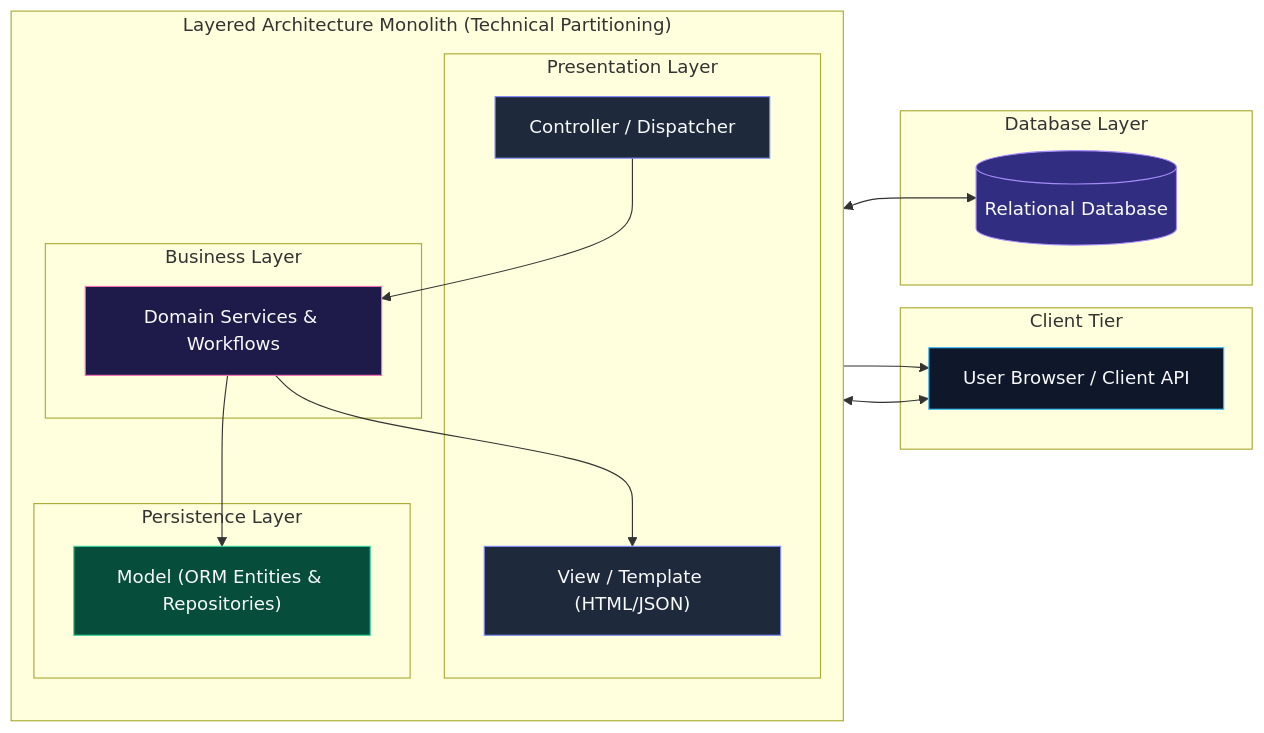
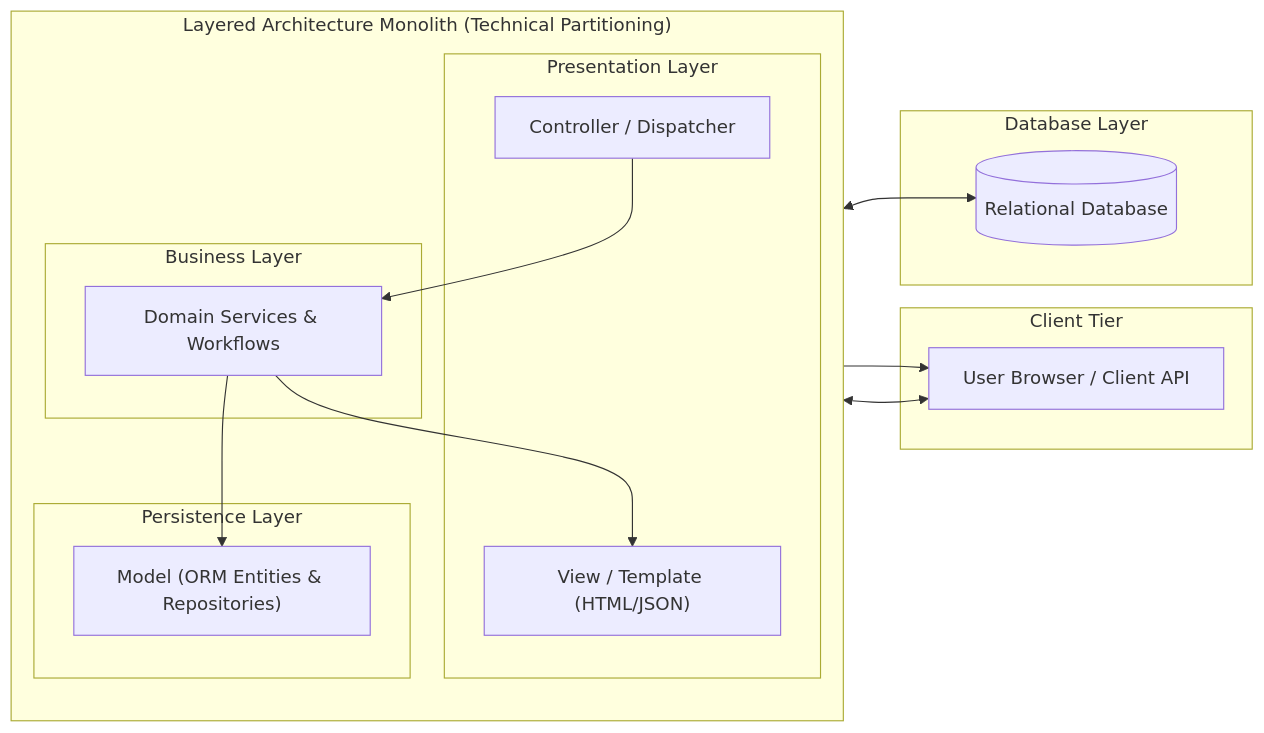
One commit to AkmKawser/System-Design changed the second of 2 diagrams in topics/0.FUNDAMENTALS/Software Architecture and Modeling/1.ARCHITECTURE/1. Architecture Styles/output/query_Architecture_Styles/002_mvc_mvt_in_architectural_styles_classification.md. Above: the diagram before and after it, drawn with Mermaid. The commit also changed other lines of this file and 6 other files, not shown here.

Commit message:
fix(diagrams): remove dark fills and rects to ensure full visibility on GitHub light theme

````diff
--- a/topics/0.FUNDAMENTALS/Software Architecture and Modeling/1.ARCHITECTURE/1. Architecture Styles/output/query_Architecture_Styles/002_mvc_mvt_in_architectural_styles_classification.md
+++ b/topics/0.FUNDAMENTALS/Software Architecture and Modeling/1.ARCHITECTURE/1. Architecture Styles/output/query_Architecture_Styles/002_mvc_mvt_in_architectural_styles_classification.md
@@ -108,45 +100,35 @@
 ```mermaid
 flowchart LR
     subgraph Client["Client Tier"]
         Browser["User Browser / Client API"]
     end
 
     subgraph LayeredArch["Layered Architecture Monolith (Technical Partitioning)"]
         direction TB
         subgraph PresentationLayer["Presentation Layer"]
             View["View / Template (HTML/JSON)"]
             Controller["Controller / Dispatcher"]
         end
 
         subgraph BusinessLayer["Business Layer"]
             Service["Domain Services & Workflows"]
         end
 
         subgraph PersistenceLayer["Persistence Layer"]
             Model["Model (ORM Entities & Repositories)"]
         end
     end
 
     subgraph DB["Database Layer"]
         RDBMS[("Relational Database")]
     end
 
     Browser <--> Controller
     Controller --> Service
     Service --> Model
     Model <--> RDBMS
     Service --> View
     View --> Browser
 
-    classDef client fill:#0f172a,stroke:#38bdf8,stroke-width:1px,color:#f8fafc;
-    classDef pres fill:#1e293b,stroke:#818cf8,stroke-width:1px,color:#f8fafc;
-    classDef biz fill:#1e1b4b,stroke:#f472b6,stroke-width:1px,color:#f8fafc;
-    classDef persist fill:#064e3b,stroke:#34d399,stroke-width:1px,color:#f8fafc;
-    classDef db fill:#312e81,stroke:#a78bfa,stroke-width:1px,color:#f8fafc;
 
-    class Browser client;
-    class View,Controller pres;
-    class Service biz;
-    class Model persist;
-    class RDBMS db;
 ```
````
